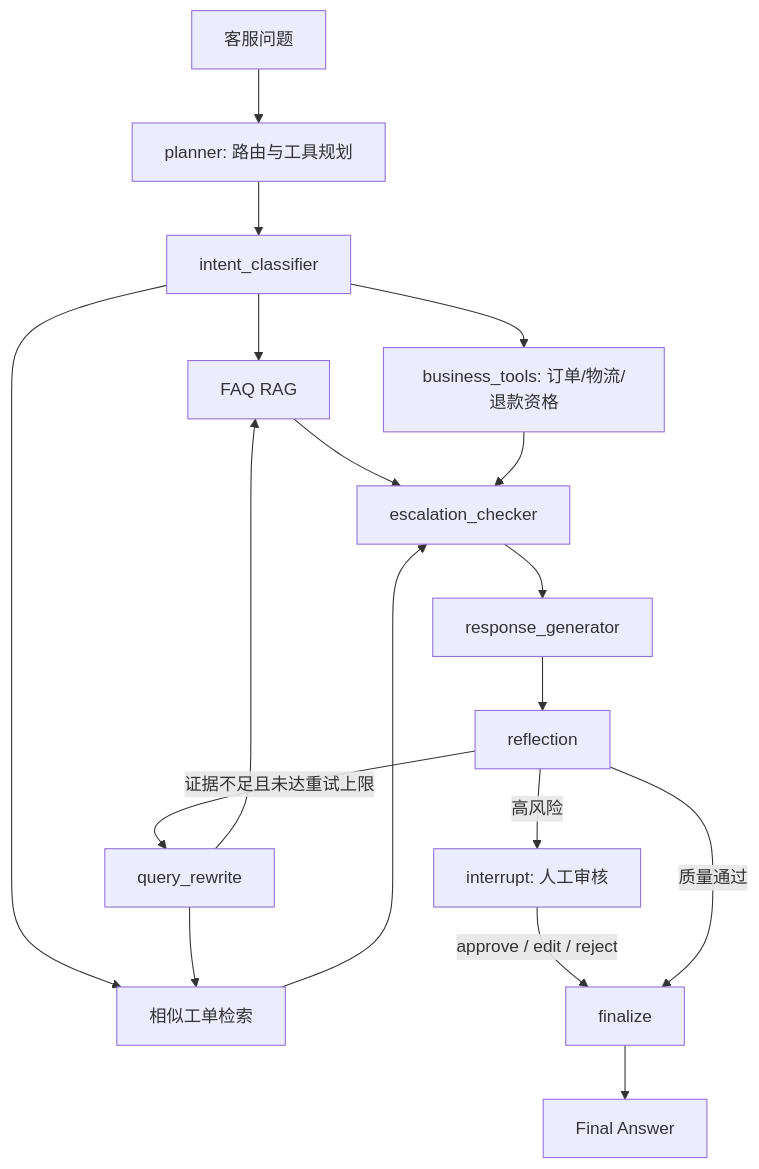
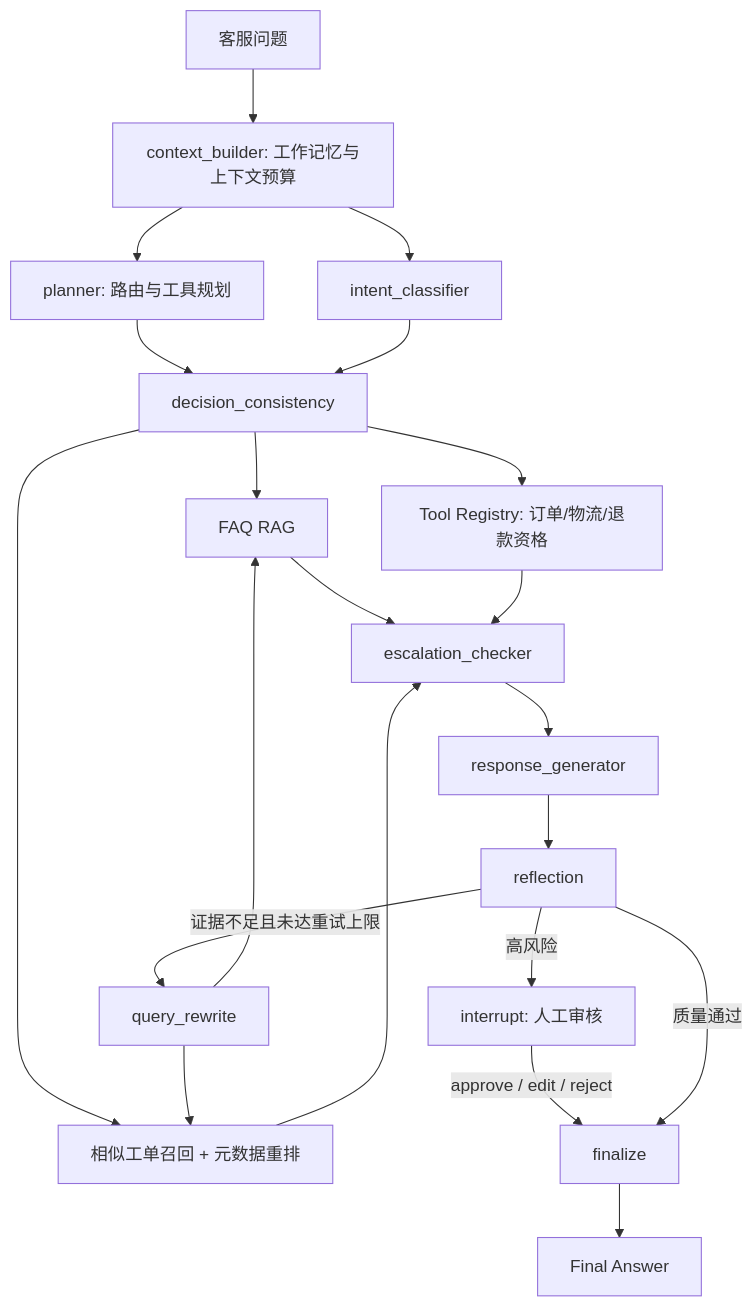
One commit to Miralchile/SupportOps-Agent changed the diagram in README.md. Above: the diagram before and after it, drawn with Mermaid. The commit also changed other lines of this file and 24 other files, not shown here.

````diff
--- a/README.md
+++ b/README.md
@@ -33,20 +33,23 @@
 ```mermaid
 flowchart TD
-  U[客服问题] --> P[planner: 路由与工具规划]
-  P --> I[intent_classifier]
-  I --> R[FAQ RAG]
-  I --> S[相似工单检索]
-  I --> T[business_tools: 订单/物流/退款资格]
+  U[客服问题] --> C[context_builder: 工作记忆与上下文预算]
+  C --> P[planner: 路由与工具规划]
+  C --> I[intent_classifier]
+  P --> D[decision_consistency]
+  I --> D
+  D --> R[FAQ RAG]
+  D --> S[相似工单召回 + 元数据重排]
+  D --> T[Tool Registry: 订单/物流/退款资格]
   R --> E[escalation_checker]
   S --> E
   T --> E
   E --> G[response_generator]
   G --> F[reflection]
   F -->|证据不足且未达重试上限| Q[query_rewrite]
   Q --> R
   Q --> S
   F -->|高风险| H[interrupt: 人工审核]
   H -->|approve / edit / reject| A[finalize]
   F -->|质量通过| A
   A --> O[Final Answer]
 ```
````
